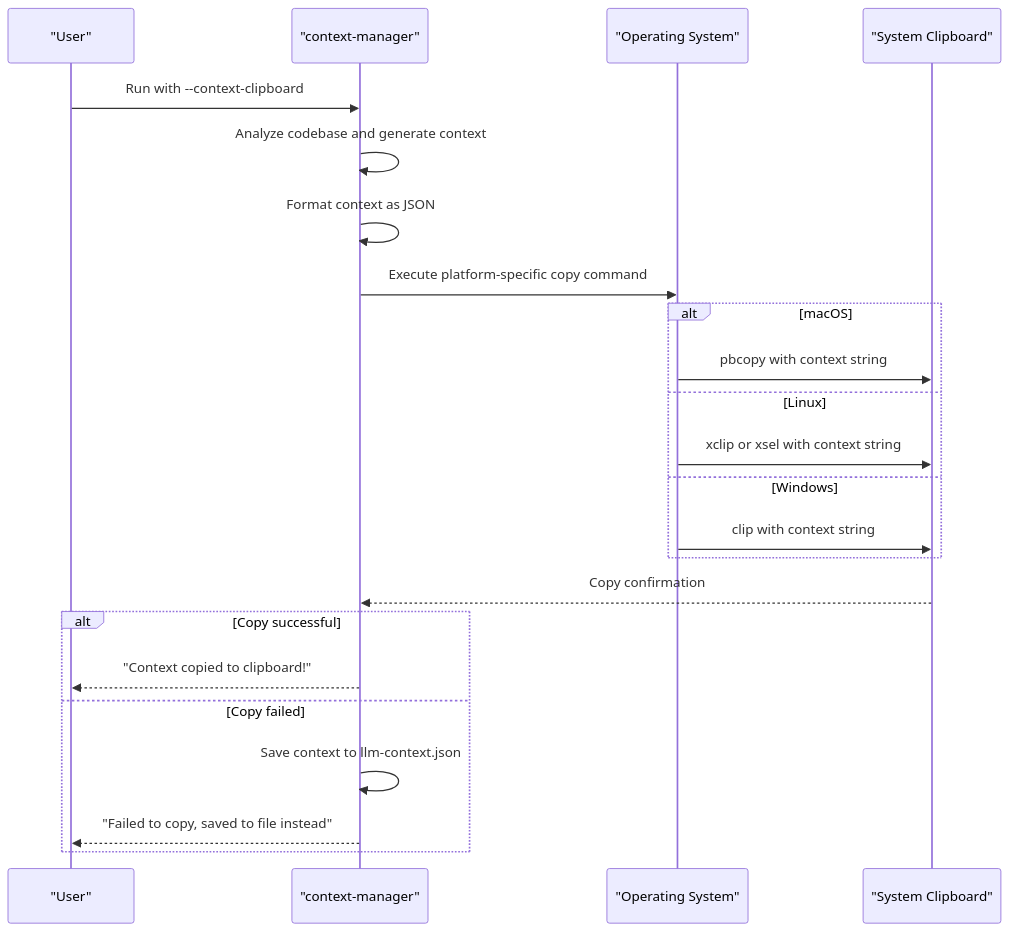
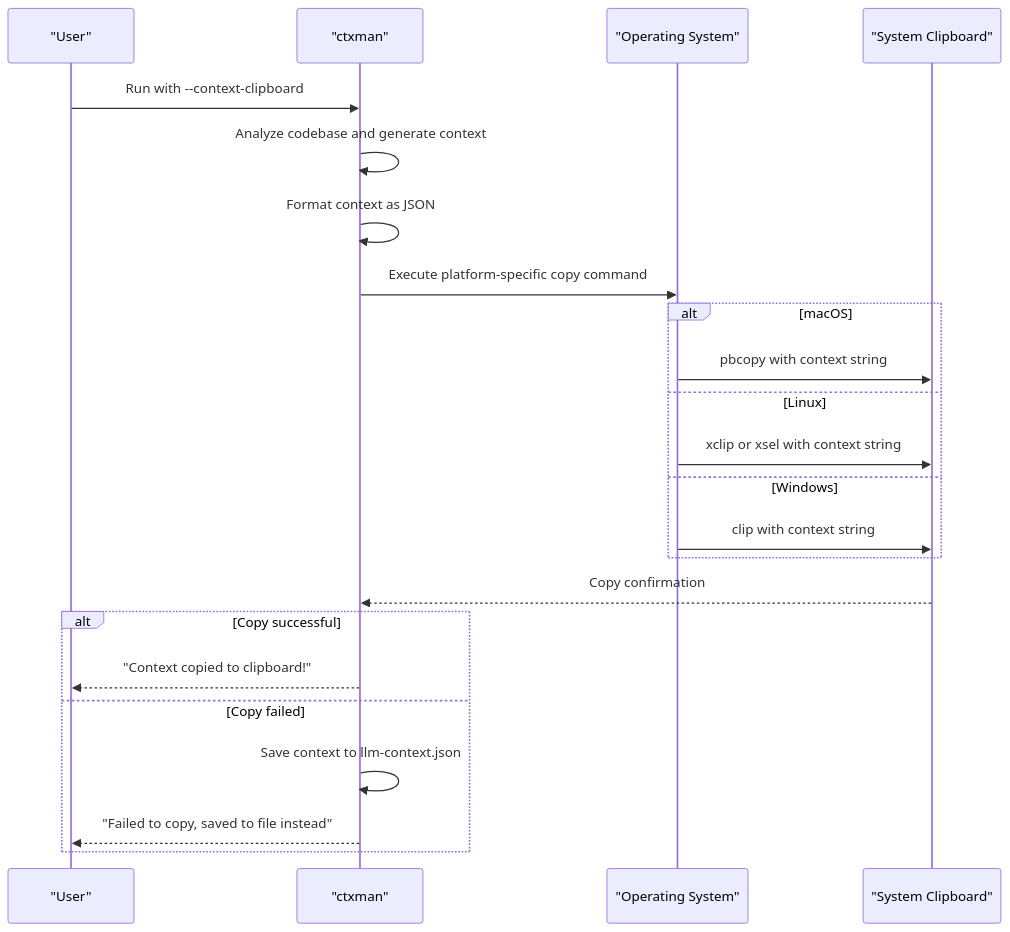
The fifth of 6 diagrams in docs/content-en/Quick Start Guide.md (hakkisagdic/context-manager), drawn with Mermaid before and after one commit. The commit also changed other lines of this file and 229 other files, not shown here.

First line of the commit message:
Rename: @hakkisagdic/context-manager -> ctxman (unscoped npm)

````diff
--- a/docs/content-en/Quick Start Guide.md
+++ b/docs/content-en/Quick Start Guide.md
@@ -250,25 +250,25 @@
 ```mermaid
 sequenceDiagram
 participant User as "User"
-participant Tool as "context-manager"
+participant Tool as "ctxman"
 participant System as "Operating System"
 participant Clipboard as "System Clipboard"
 User->>Tool : Run with --context-clipboard
 Tool->>Tool : Analyze codebase and generate context
 Tool->>Tool : Format context as JSON
 Tool->>System : Execute platform-specific copy command
 alt macOS
 System->>Clipboard : pbcopy with context string
 else Linux
 System->>Clipboard : xclip or xsel with context string
 else Windows
 System->>Clipboard : clip with context string
 end
 Clipboard-->>Tool : Copy confirmation
 alt Copy successful
 Tool-->>User : "Context copied to clipboard!"
 else Copy failed
 Tool->>Tool : Save context to llm-context.json
 Tool-->>User : "Failed to copy, saved to file instead"
 end
 ```
````
